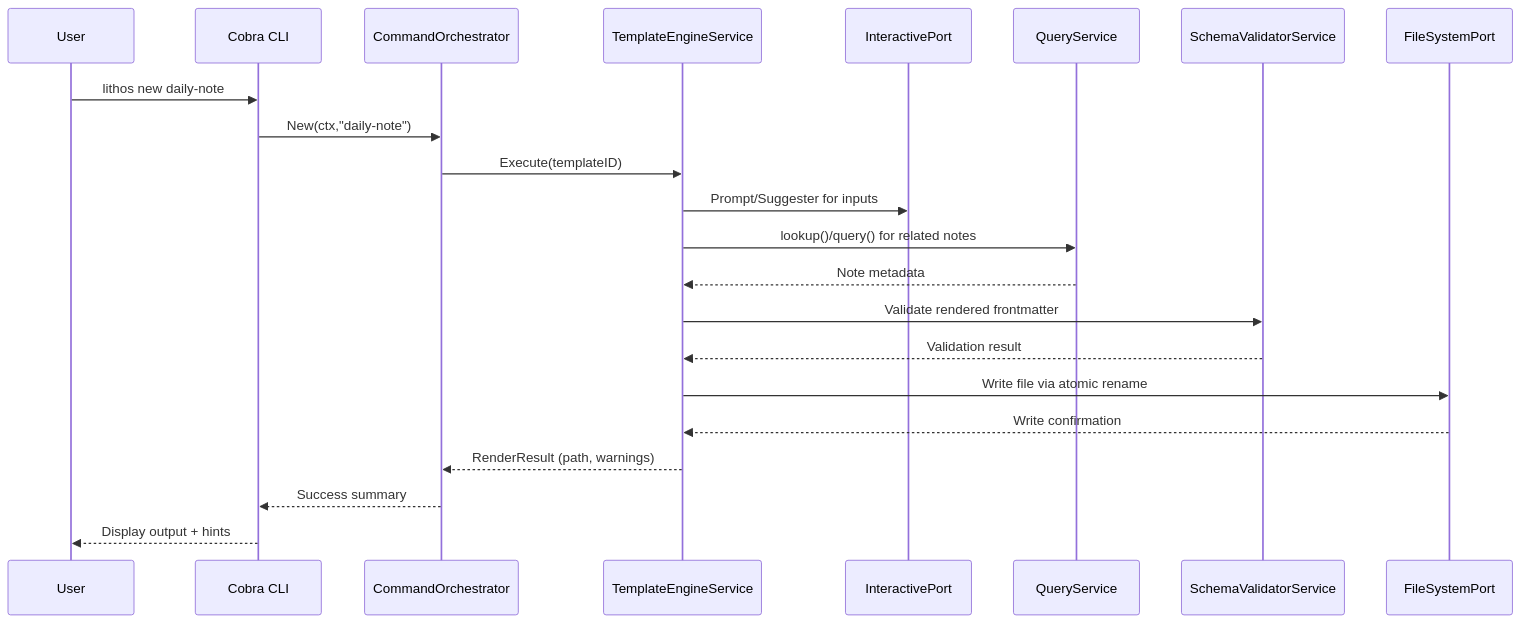
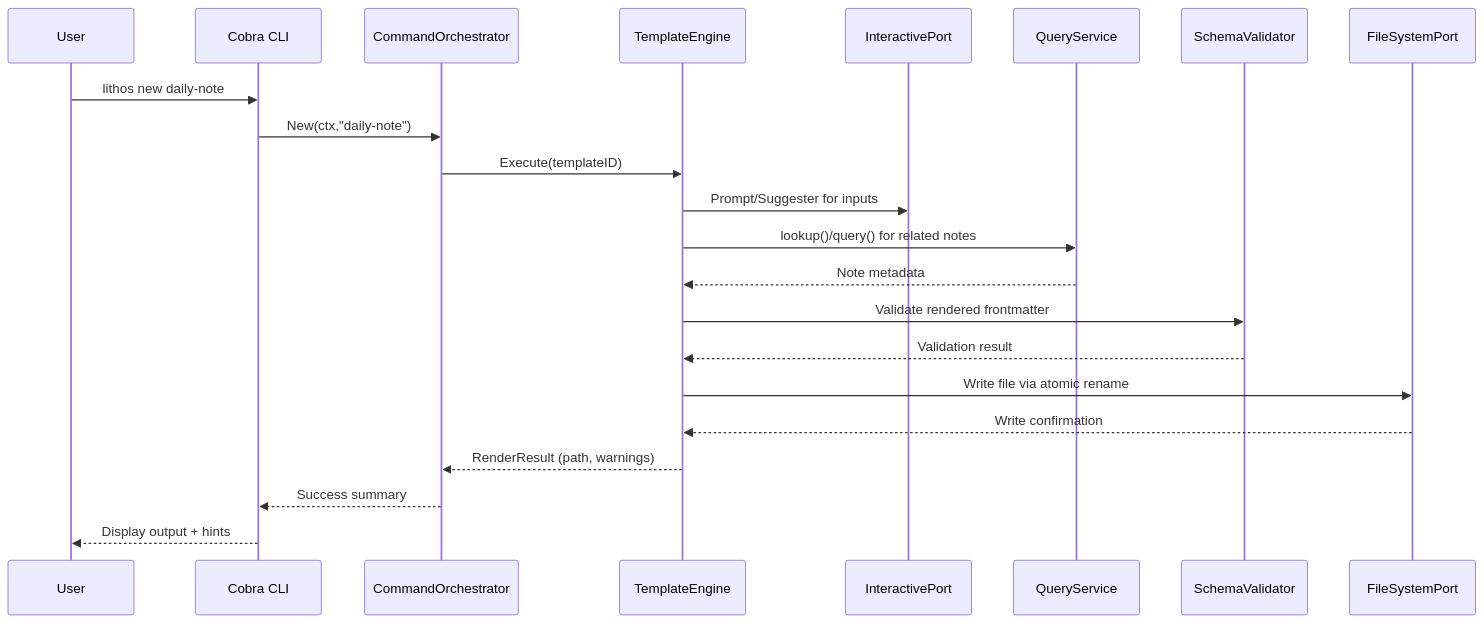
One commit to JackMatanky/lithos changed the first of 3 diagrams in docs/architecture/core-workflows.md. Above: the diagram before and after it, drawn with Mermaid. The commit also changed other lines of this file and 3478 other files, not shown here.

````diff
--- a/docs/architecture/core-workflows.md
+++ b/docs/architecture/core-workflows.md
@@ -5,25 +5,25 @@
 ```mermaid
 sequenceDiagram
     participant User
     participant CLI as Cobra CLI
     participant CO as CommandOrchestrator
-    participant TE as TemplateEngineService
+    participant TE as TemplateEngine
     participant INT as InteractivePort
     participant QS as QueryService
-    participant SV as SchemaValidatorService
+    participant SV as SchemaValidator
     participant FS as FileSystemPort
 
     User->>CLI: lithos new daily-note
     CLI->>CO: New(ctx,"daily-note")
     CO->>TE: Execute(templateID)
     TE->>INT: Prompt/Suggester for inputs
     TE->>QS: lookup()/query() for related notes
     QS-->>TE: Note metadata
     TE->>SV: Validate rendered frontmatter
     SV-->>TE: Validation result
     TE->>FS: Write file via atomic rename
     FS-->>TE: Write confirmation
     TE-->>CO: RenderResult (path, warnings)
     CO-->>CLI: Success summary
     CLI-->>User: Display output + hints
 ```
````
